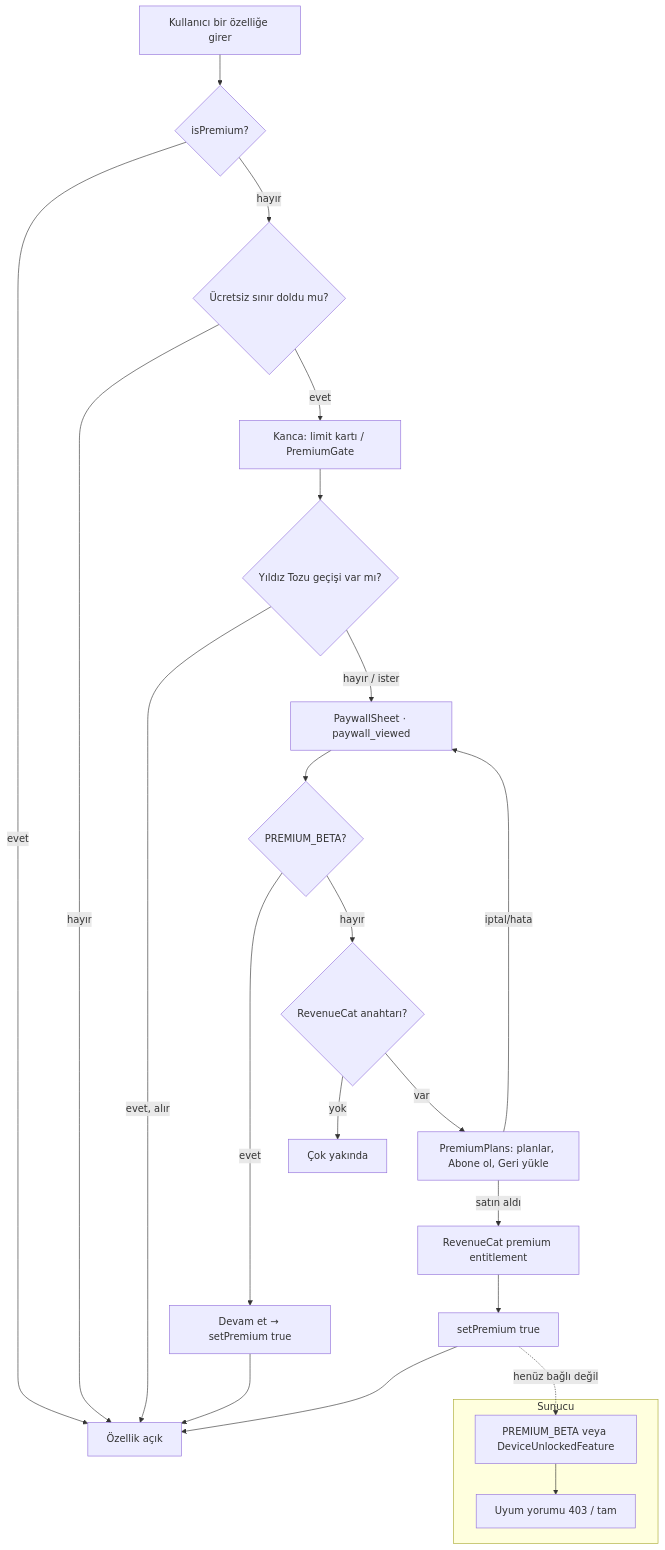
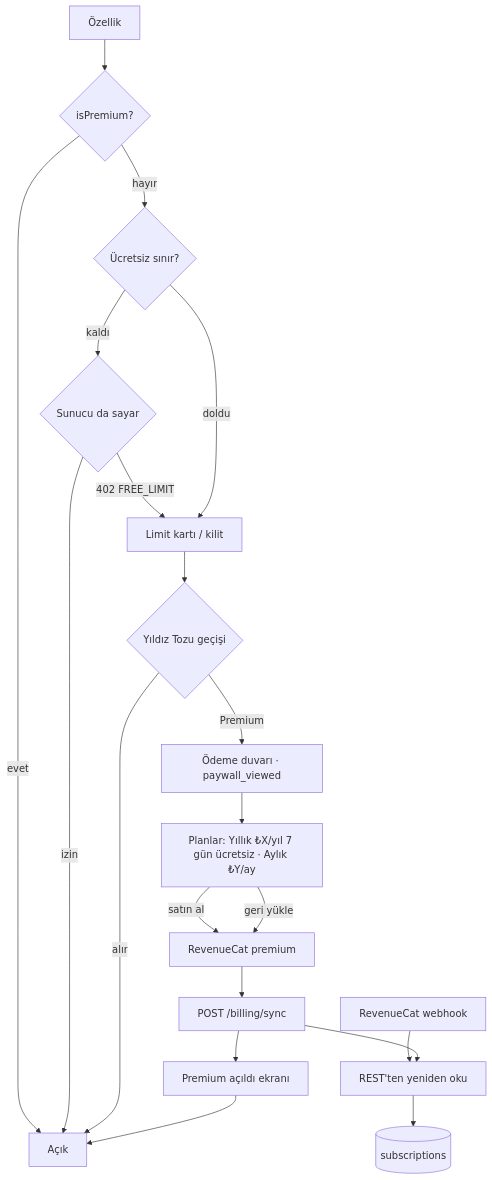
The diagram in docs/premium-flow.md (bartugenccan/astroflow), drawn with Mermaid before and after one commit. The commit also changed other lines of this file and 39 other files, not shown here.

````diff
--- a/docs/premium-flow.md
+++ b/docs/premium-flow.md
@@ -41,22 +40,18 @@
 ```mermaid
 flowchart TD
-  A[Kullanıcı bir özelliğe girer] --> B{isPremium?}
-  B -- evet --> Z[Özellik açık]
-  B -- hayır --> C{Ücretsiz sınır doldu mu?}
-  C -- hayır --> Z
-  C -- evet --> D[Kanca: limit kartı / PremiumGate]
-  D --> E{Yıldız Tozu geçişi var mı?}
-  E -- evet, alır --> Z
-  E -- hayır / ister --> F[PaywallSheet · paywall_viewed]
-  F --> G{PREMIUM_BETA?}
-  G -- evet --> H[Devam et → setPremium true] --> Z
-  G -- hayır --> I{RevenueCat anahtarı?}
-  I -- yok --> J[Çok yakında]
-  I -- var --> K[PremiumPlans: planlar, Abone ol, Geri yükle]
-  K -- satın aldı --> L[RevenueCat premium entitlement] --> M[setPremium true] --> Z
-  K -- iptal/hata --> F
-  subgraph Sunucu
-    S1[PREMIUM_BETA veya DeviceUnlockedFeature] --> S2[Uyum yorumu 403 / tam]
-  end
-  M -. henüz bağlı değil .-> S1
+  A[Özellik] --> B{isPremium?}
+  B -- evet --> Z[Açık]
+  B -- hayır --> C{Ücretsiz sınır?}
+  C -- kaldı --> S{Sunucu da sayar}
+  S -- izin --> Z
+  S -- 402 FREE_LIMIT --> D
+  C -- doldu --> D[Limit kartı / kilit]
+  D --> E{Yıldız Tozu geçişi}
+  E -- alır --> Z
+  E -- Premium --> F[Ödeme duvarı · paywall_viewed]
+  F --> K[Planlar: Yıllık ₺X/yıl 7 gün ücretsiz · Aylık ₺Y/ay]
+  K -- satın al --> L[RevenueCat premium] --> M[POST /billing/sync] --> N[Premium açıldı ekranı] --> Z
+  K -- geri yükle --> L
+  W[RevenueCat webhook] --> R[REST'ten yeniden oku] --> T[(subscriptions)]
+  M --> R
 ```
````
